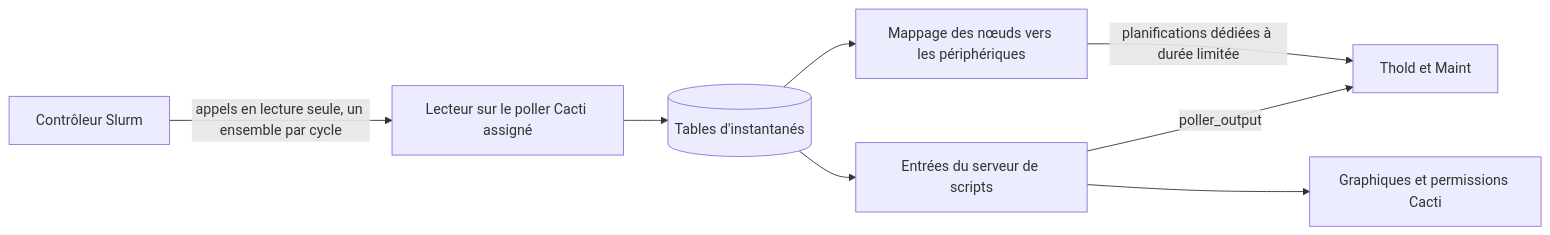
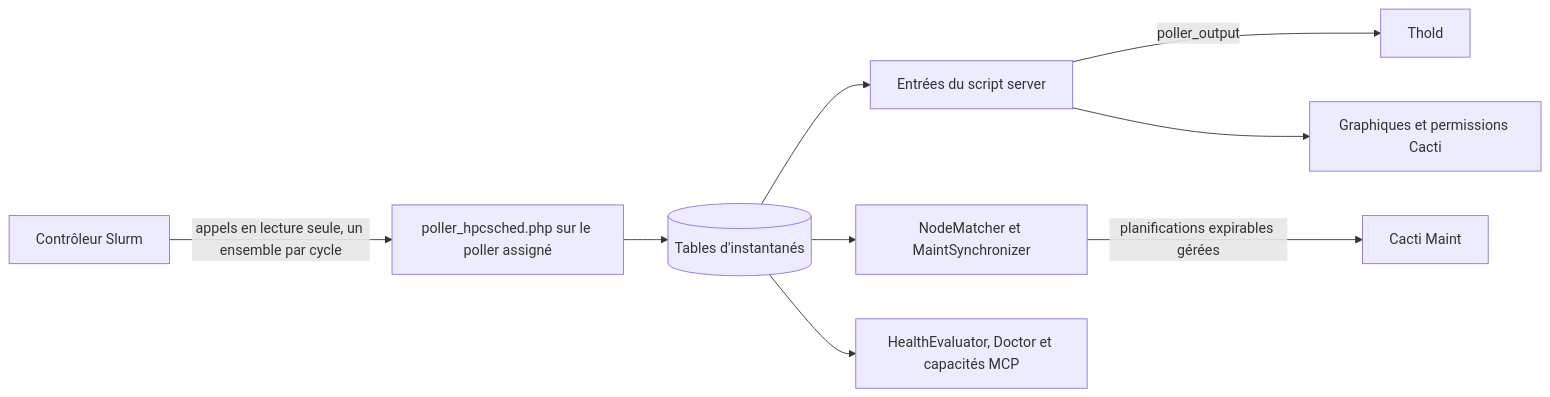
Before and after one commit to somethingwithproof/plugin_hpcsched: the diagram in docs/i18n/fr-MA/README.md, drawn with Mermaid. The commit also changed other lines of this file and 48 other files, not shown here.

````diff
--- a/docs/i18n/fr-MA/README.md
+++ b/docs/i18n/fr-MA/README.md
@@ -99,10 +163,11 @@
 ```mermaid
 flowchart LR
-    S[Contrôleur Slurm] -->|appels en lecture seule, un ensemble par cycle| R[Lecteur sur le poller Cacti assigné]
+    S[Contrôleur Slurm] -->|appels en lecture seule, un ensemble par cycle| R[poller_hpcsched.php sur le poller assigné]
     R --> SNAP[(Tables d'instantanés)]
-    SNAP --> SS[Entrées du serveur de scripts]
-    SS -->|poller_output| T[Thold et Maint]
+    SNAP --> SS[Entrées du script server]
+    SS -->|poller_output| T[Thold]
     SS --> G[Graphiques et permissions Cacti]
-    SNAP --> MAP[Mappage des nœuds vers les périphériques]
-    MAP -->|planifications dédiées à durée limitée| T
+    SNAP --> MAP[NodeMatcher et MaintSynchronizer]
+    MAP -->|planifications expirables gérées| M[Cacti Maint]
+    SNAP --> H[HealthEvaluator, Doctor et capacités MCP]
 ```
````
